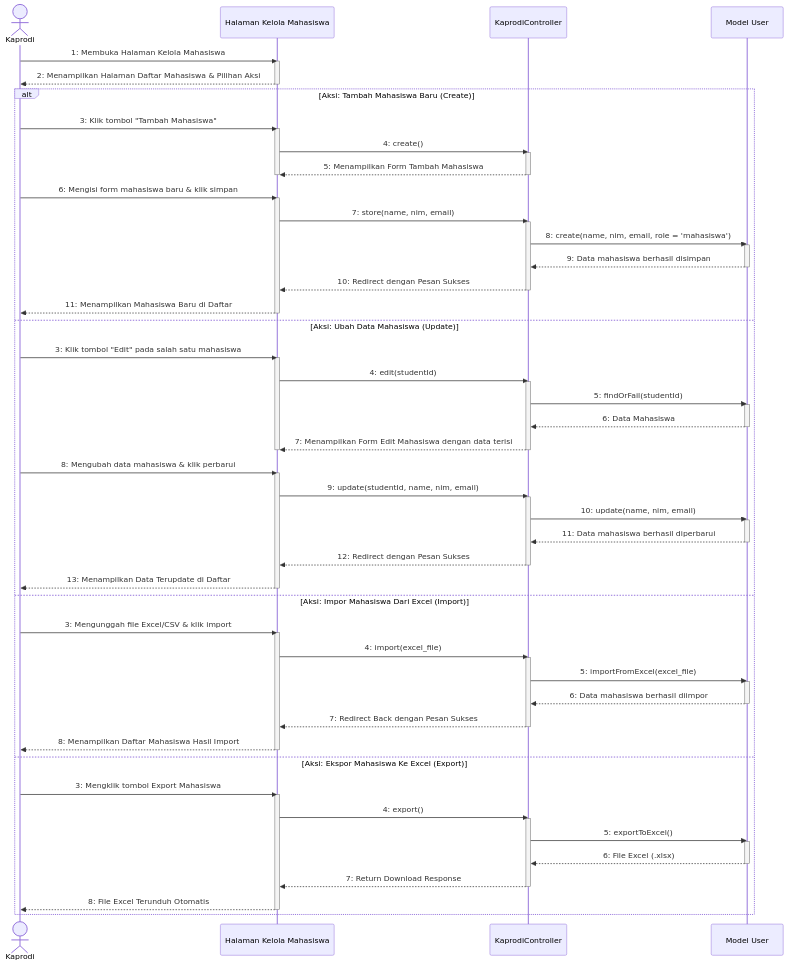
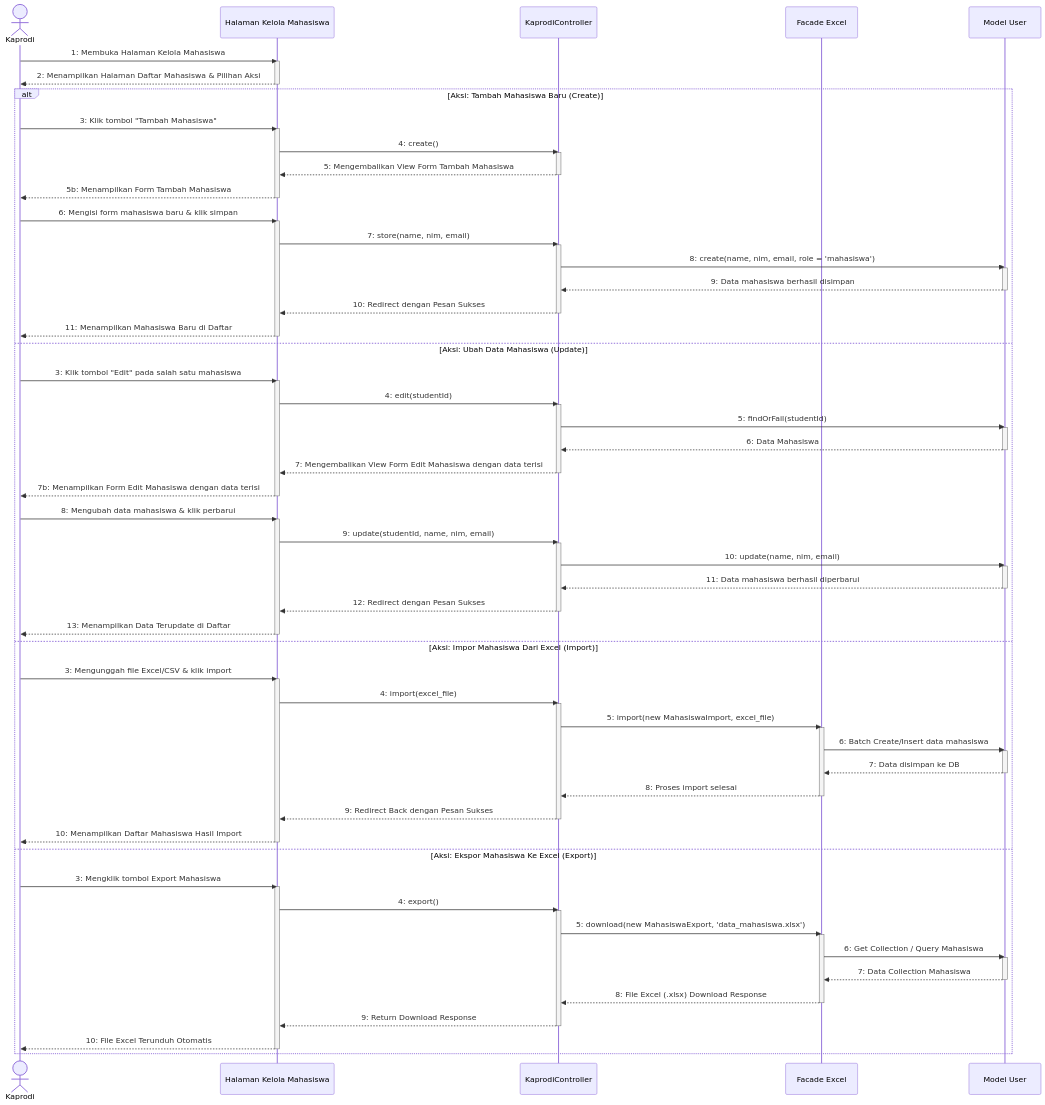
The diagram in docs/uml/Sequence Diagram/Kaprodi/sequence_diagram_kelola_mahasiswa.md (Duandi04/ta_submission), drawn with Mermaid before and after one commit. The commit also changed 9 other files, not shown here.

Commit message:
refactor: standardize sequence diagrams by updating controller response flows and adding explicit service/facade participants

````diff
--- a/docs/uml/Sequence Diagram/Kaprodi/sequence_diagram_kelola_mahasiswa.md
+++ b/docs/uml/Sequence Diagram/Kaprodi/sequence_diagram_kelola_mahasiswa.md
@@ -7,6 +7,7 @@
     actor Kaprodi as Kaprodi
     participant UI as Halaman Kelola Mahasiswa
     participant Ctrl as KaprodiController
+    participant Excel as Facade Excel
     participant Model as Model User
 
     %% ==========================================
@@ -25,8 +26,9 @@
         activate UI
         UI->>Ctrl: 4: create()
         activate Ctrl
-        Ctrl-->>UI: 5: Menampilkan Form Tambah Mahasiswa
+        Ctrl-->>UI: 5: Mengembalikan View Form Tambah Mahasiswa
         deactivate Ctrl
+        UI-->>Kaprodi: 5b: Menampilkan Form Tambah Mahasiswa
         deactivate UI
         
         Kaprodi->>UI: 6: Mengisi form mahasiswa baru & klik simpan
@@ -51,8 +53,9 @@
         activate Model
         Model-->>Ctrl: 6: Data Mahasiswa
         deactivate Model
-        Ctrl-->>UI: 7: Menampilkan Form Edit Mahasiswa dengan data terisi
+        Ctrl-->>UI: 7: Mengembalikan View Form Edit Mahasiswa dengan data terisi
         deactivate Ctrl
+        UI-->>Kaprodi: 7b: Menampilkan Form Edit Mahasiswa dengan data terisi
         deactivate UI
 
         Kaprodi->>UI: 8: Mengubah data mahasiswa & klik perbarui
@@ -73,13 +76,17 @@
         activate UI
         UI->>Ctrl: 4: import(excel_file)
         activate Ctrl
-        Ctrl->>Model: 5: importFromExcel(excel_file)
+        Ctrl->>Excel: 5: import(new MahasiswaImport, excel_file)
+        activate Excel
+        Excel->>Model: 6: Batch Create/Insert data mahasiswa
         activate Model
-        Model-->>Ctrl: 6: Data mahasiswa berhasil diimpor
+        Model-->>Excel: 7: Data disimpan ke DB
         deactivate Model
-        Ctrl-->>UI: 7: Redirect Back dengan Pesan Sukses
+        Excel-->>Ctrl: 8: Proses import selesai
+        deactivate Excel
+        Ctrl-->>UI: 9: Redirect Back dengan Pesan Sukses
         deactivate Ctrl
-        UI-->>Kaprodi: 8: Menampilkan Daftar Mahasiswa Hasil Import
+        UI-->>Kaprodi: 10: Menampilkan Daftar Mahasiswa Hasil Import
         deactivate UI
 
     else Aksi: Ekspor Mahasiswa Ke Excel (Export)
@@ -87,13 +94,17 @@
         activate UI
         UI->>Ctrl: 4: export()
         activate Ctrl
-        Ctrl->>Model: 5: exportToExcel()
+        Ctrl->>Excel: 5: download(new MahasiswaExport, 'data_mahasiswa.xlsx')
+        activate Excel
+        Excel->>Model: 6: Get Collection / Query Mahasiswa
         activate Model
-        Model-->>Ctrl: 6: File Excel (.xlsx)
+        Model-->>Excel: 7: Data Collection Mahasiswa
         deactivate Model
-        Ctrl-->>UI: 7: Return Download Response
+        Excel-->>Ctrl: 8: File Excel (.xlsx) Download Response
+        deactivate Excel
+        Ctrl-->>UI: 9: Return Download Response
         deactivate Ctrl
-        UI-->>Kaprodi: 8: File Excel Terunduh Otomatis
+        UI-->>Kaprodi: 10: File Excel Terunduh Otomatis
         deactivate UI
     end
 ```
````
